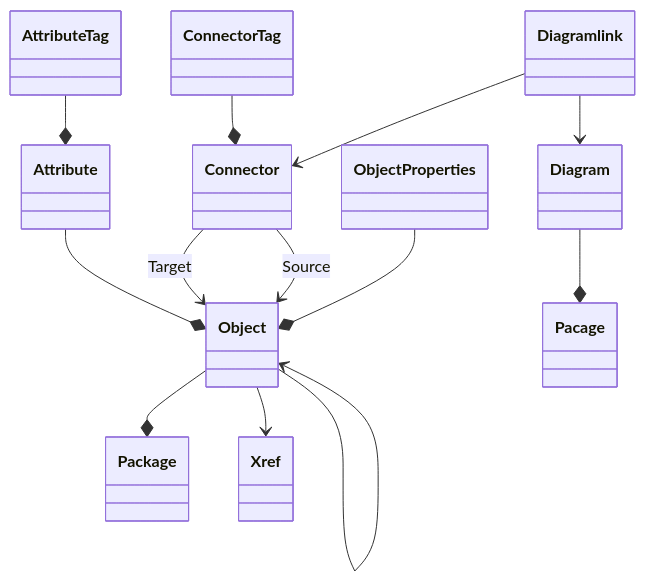
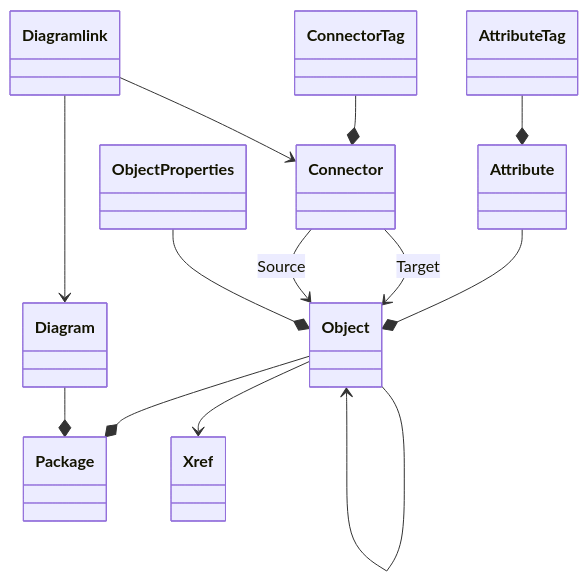
One commit to avzdk/sqlmodelsparx changed the diagram in doc/model.md. Above: the diagram before and after it, drawn with Mermaid.

````diff
--- a/doc/model.md
+++ b/doc/model.md
@@ -3,21 +3,21 @@
 ```mermaid
 
 classDiagram
 
 Object --* Package
 Object --> Xref
 Attribute --* Object
 AttributeTag --* Attribute
 Object --> Object
-Diagram --* Pacage
+Diagram --* Package
 Diagramlink --> Diagram
 Connector --> Object : Target
 Connector --> Object : Source
 ConnectorTag --* Connector
 Diagramlink --> Connector
 ObjectProperties --* Object
 
 
 
 
 ```
````
